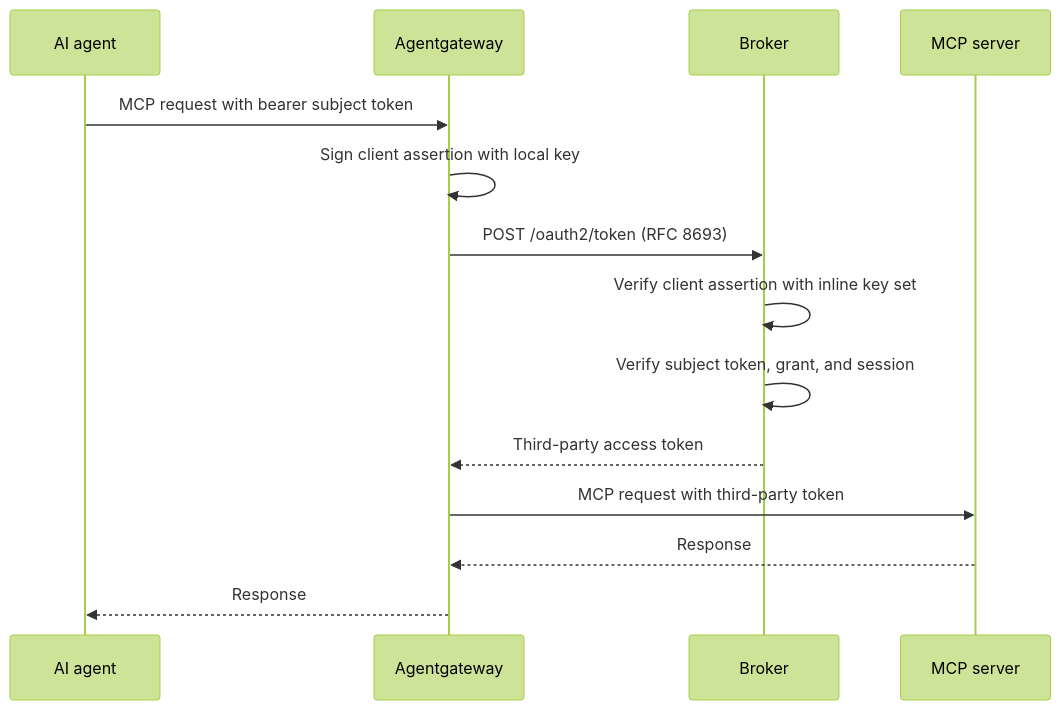
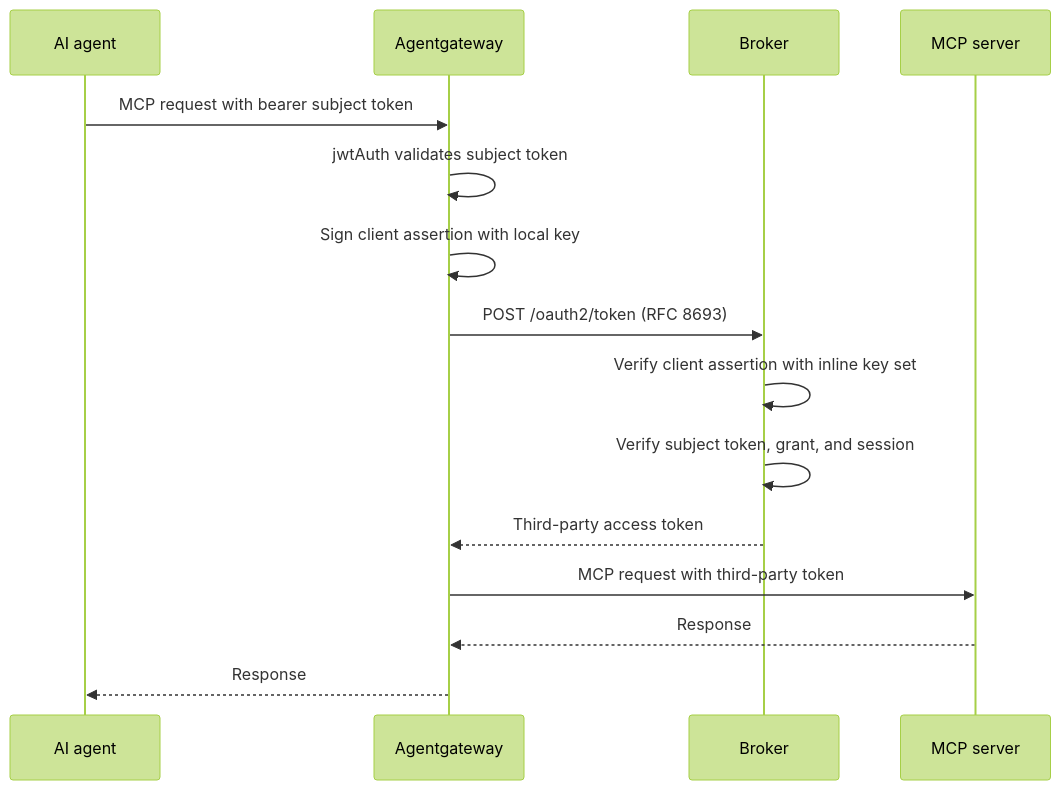
Before and after one commit to mjungsbluth/agentic-identity-broker: the diagram in docs/guides/agentgateway-token-exchange.md, drawn with Mermaid (forest theme). The commit also changed other lines of this file and 1 other file, not shown here.

First line of the commit message:
docs: validate subject tokens with jwtAuth and use the client-assertion audience

````diff
--- a/docs/guides/agentgateway-token-exchange.md
+++ b/docs/guides/agentgateway-token-exchange.md
@@ -50,16 +51,17 @@
 ```mermaid
 sequenceDiagram
     participant A as AI agent
     participant G as Agentgateway
     participant B as Broker
     participant M as MCP server
     A->>G: MCP request with bearer subject token
+    G->>G: jwtAuth validates subject token
     G->>G: Sign client assertion with local key
     G->>B: POST /oauth2/token (RFC 8693)
     B->>B: Verify client assertion with inline key set
     B->>B: Verify subject token, grant, and session
     B-->>G: Third-party access token
     G->>M: MCP request with third-party token
     M-->>G: Response
     G-->>A: Response
 ```
````
